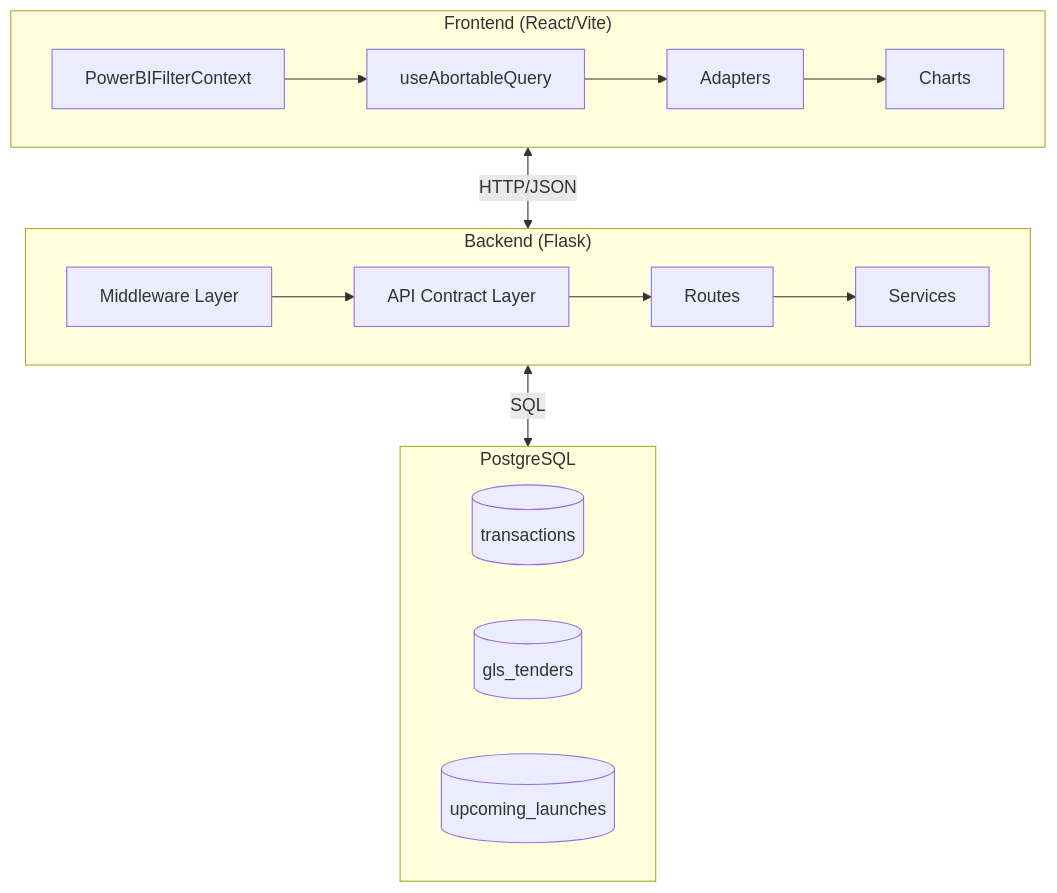
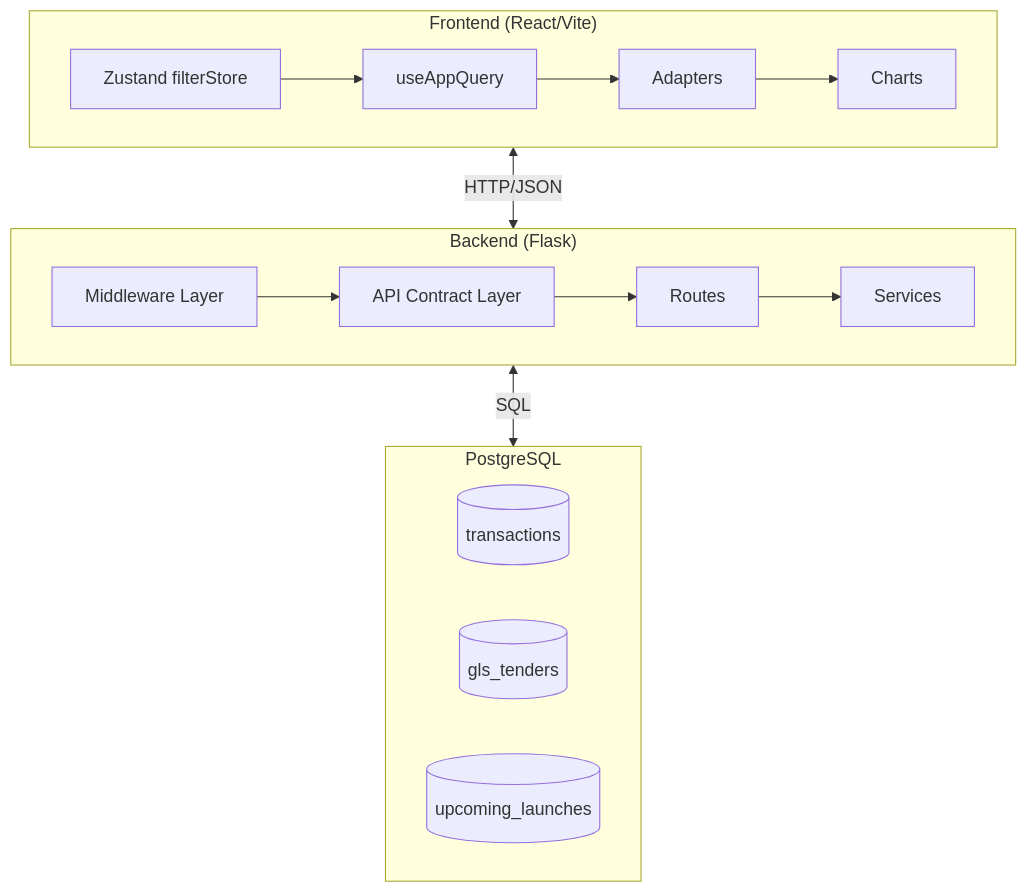
One commit to sgpropertyanalytics/sg-property-analytics changed the first of 3 diagrams in docs/architecture.md. Above: the diagram before and after it, drawn with Mermaid. The commit also changed other lines of this file and 2 other files, not shown here.

````diff
--- a/docs/architecture.md
+++ b/docs/architecture.md
@@ -96,27 +96,27 @@
 ```mermaid
 flowchart TB
     subgraph Frontend["Frontend (React/Vite)"]
-        FC[PowerBIFilterContext]
-        AQ[useAbortableQuery]
+        FS[Zustand filterStore]
+        AQ[useAppQuery]
         AD[Adapters]
         CH[Charts]
-        FC --> AQ --> AD --> CH
+        FS --> AQ --> AD --> CH
     end
 
     subgraph Backend["Backend (Flask)"]
         MW[Middleware Layer]
         CT[API Contract Layer]
         RT[Routes]
         SV[Services]
         MW --> CT --> RT --> SV
     end
 
     subgraph Database["PostgreSQL"]
         TX[(transactions)]
         GLS[(gls_tenders)]
         UL[(upcoming_launches)]
     end
 
     Frontend <-->|HTTP/JSON| Backend
     Backend <-->|SQL| Database
 ```
````
